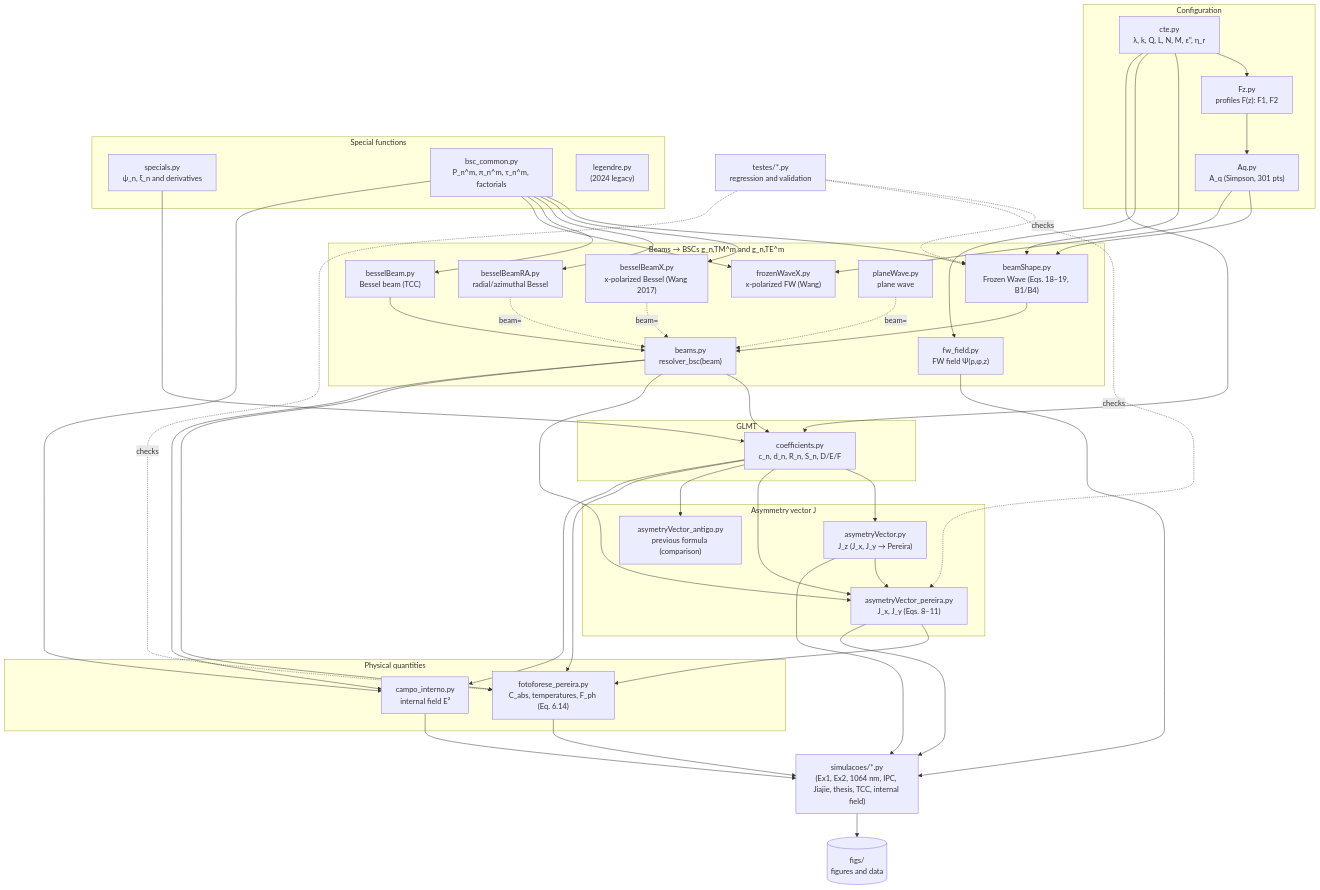
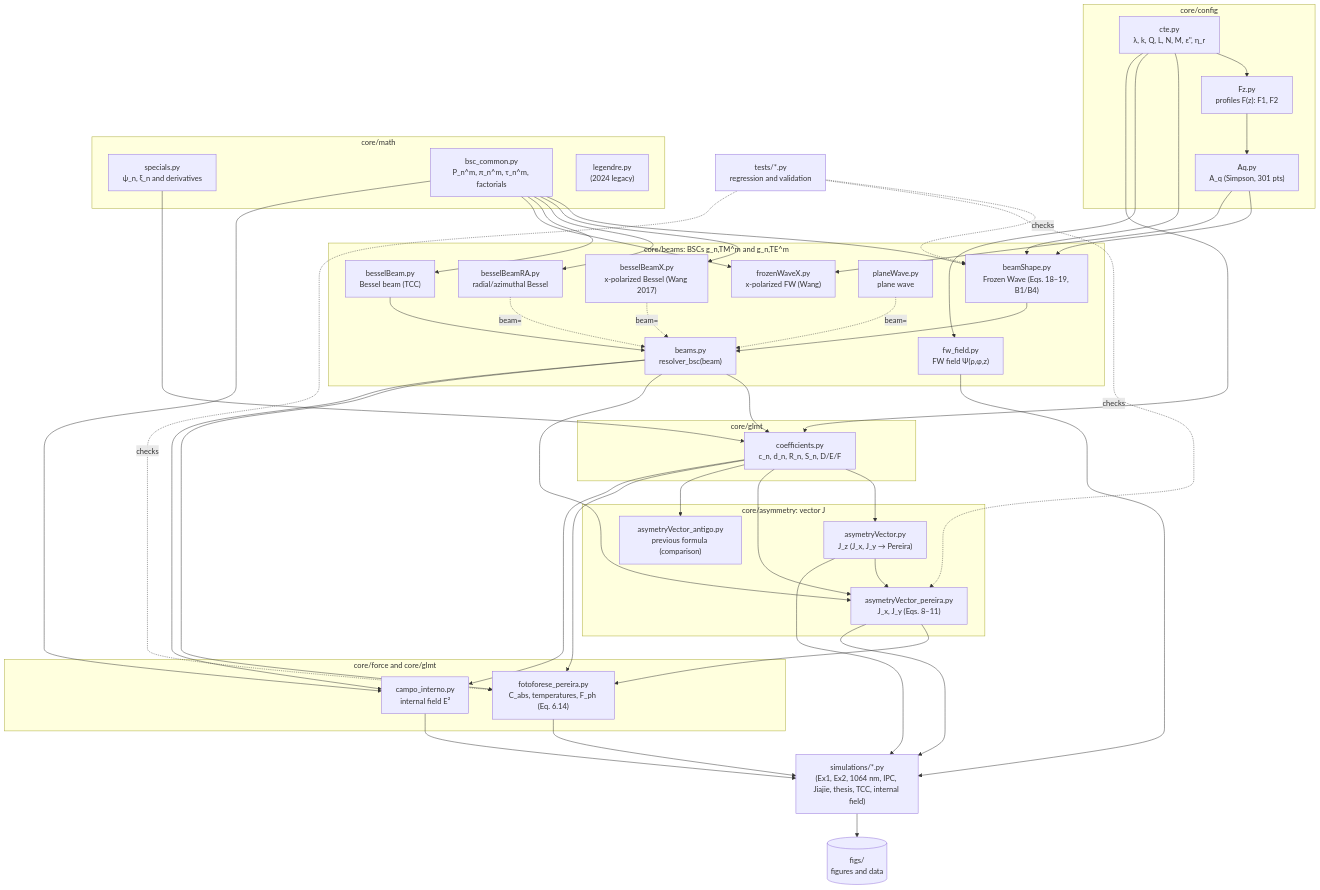
One commit to bdiasr/pytophoretic changed the first of 2 diagrams in README.md. Above: the diagram before and after it, drawn with Mermaid. The commit also changed other lines of this file and 24 other files, not shown here.

````diff
--- a/README.md
+++ b/README.md
@@ -280,82 +280,82 @@
 ```mermaid
 flowchart TD
-    subgraph CFG["Configuration"]
+    subgraph CFG["core/config"]
         CTE["cte.py<br/>λ, k, Q, L, N, M, ε'', η_r"]
         FZ["Fz.py<br/>profiles F(z): F1, F2"]
         AQ["Aq.py<br/>A_q (Simpson, 301 pts)"]
     end
 
-    subgraph ESP["Special functions"]
+    subgraph ESP["core/math"]
         SPC["specials.py<br/>ψ_n, ξ_n and derivatives"]
         BSC["bsc_common.py<br/>P_n^m, π_n^m, τ_n^m, factorials"]
         LEG["legendre.py<br/>(2024 legacy)"]
     end
 
-    subgraph FEI["Beams → BSCs g_n,TM^m and g_n,TE^m"]
+    subgraph FEI["core/beams: BSCs g_n,TM^m and g_n,TE^m"]
         FW["beamShape.py<br/>Frozen Wave (Eqs. 18–19, B1/B4)"]
         FWF["fw_field.py<br/>FW field Ψ(ρ,φ,z)"]
         BX["besselBeamX.py<br/>x-polarized Bessel (Wang 2017)"]
         BRA["besselBeamRA.py<br/>radial/azimuthal Bessel"]
         BB["besselBeam.py<br/>Bessel beam (TCC)"]
         PW["planeWave.py<br/>plane wave"]
         FWX["frozenWaveX.py<br/>x-polarized FW (Wang)"]
         RES["beams.py<br/>resolver_bsc(beam)"]
     end
 
-    subgraph MIE["GLMT"]
+    subgraph MIE["core/glmt"]
         COEF["coefficients.py<br/>c_n, d_n, R_n, S_n, D/E/F"]
     end
 
-    subgraph ASS["Asymmetry vector J"]
+    subgraph ASS["core/asymmetry: vector J"]
         AVZ["asymetryVector.py<br/>J_z (J_x, J_y → Pereira)"]
         AVP["asymetryVector_pereira.py<br/>J_x, J_y (Eqs. 8–11)"]
         AVA["asymetryVector_antigo.py<br/>previous formula (comparison)"]
     end
 
-    subgraph SAI["Physical quantities"]
+    subgraph SAI["core/force and core/glmt"]
         FOT["fotoforese_pereira.py<br/>C_abs, temperatures, F_ph (Eq. 6.14)"]
         CI["campo_interno.py<br/>internal field E²"]
     end
 
-    SIM["simulacoes/*.py<br/>(Ex1, Ex2, 1064 nm, IPC, Jiajie, thesis, TCC, internal field)"]
+    SIM["simulations/*.py<br/>(Ex1, Ex2, 1064 nm, IPC, Jiajie, thesis, TCC, internal field)"]
     FIG[("figs/<br/>figures and data")]
-    TST["testes/*.py<br/>regression and validation"]
+    TST["tests/*.py<br/>regression and validation"]
 
     CTE --> FZ --> AQ --> FW
     CTE --> FW
     BSC --> FW
     BSC --> BX
     BSC --> BRA
     BSC --> BB
     AQ --> FWX
     BSC --> FWX
     CTE --> FWF
     FW --> RES
     BB --> RES
     BX -.->|"beam="| RES
     BRA -.->|"beam="| RES
     PW -.->|"beam="| RES
     SPC --> COEF
     RES --> COEF
     CTE --> COEF
     COEF --> AVZ
     COEF --> AVP
     COEF --> AVA
     RES --> AVP
     AVZ --> AVP
     AVP --> FOT
     COEF --> FOT
     RES --> FOT
     COEF --> CI
     RES --> CI
     BSC --> CI
     AVP --> SIM
     AVZ --> SIM
     FOT --> SIM
     CI --> SIM
     FWF --> SIM
     SIM --> FIG
     TST -.->|"checks"| FW
     TST -.->|"checks"| AVP
     TST -.->|"checks"| FOT
 ```
````
